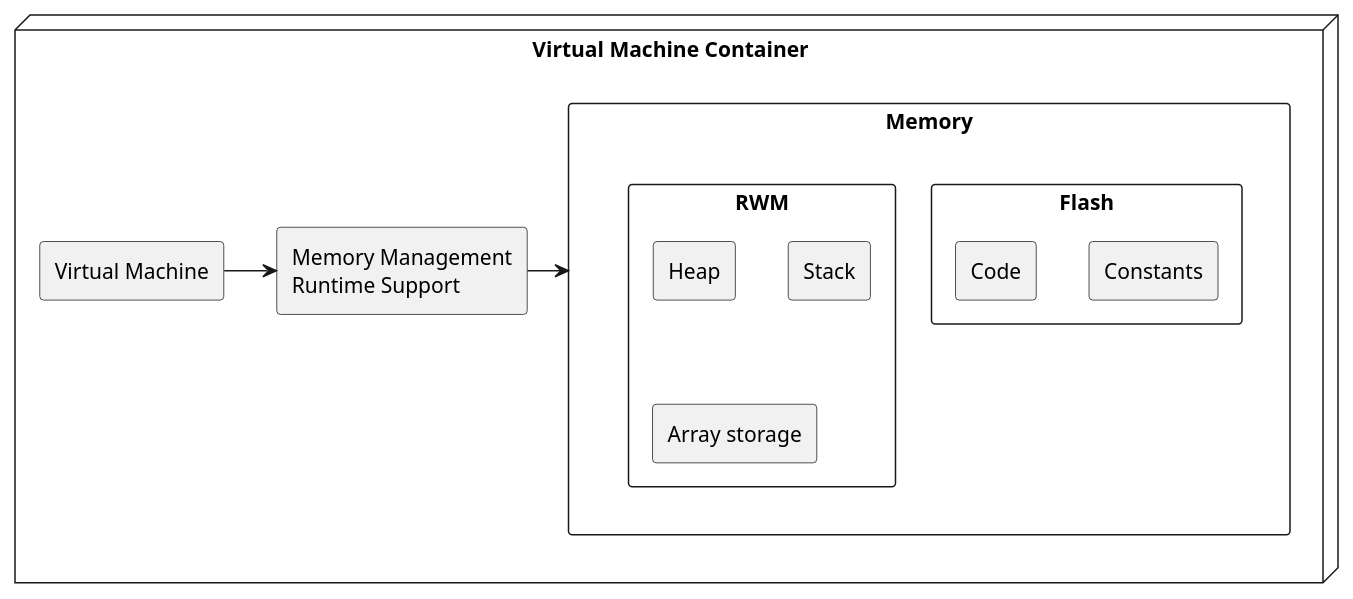
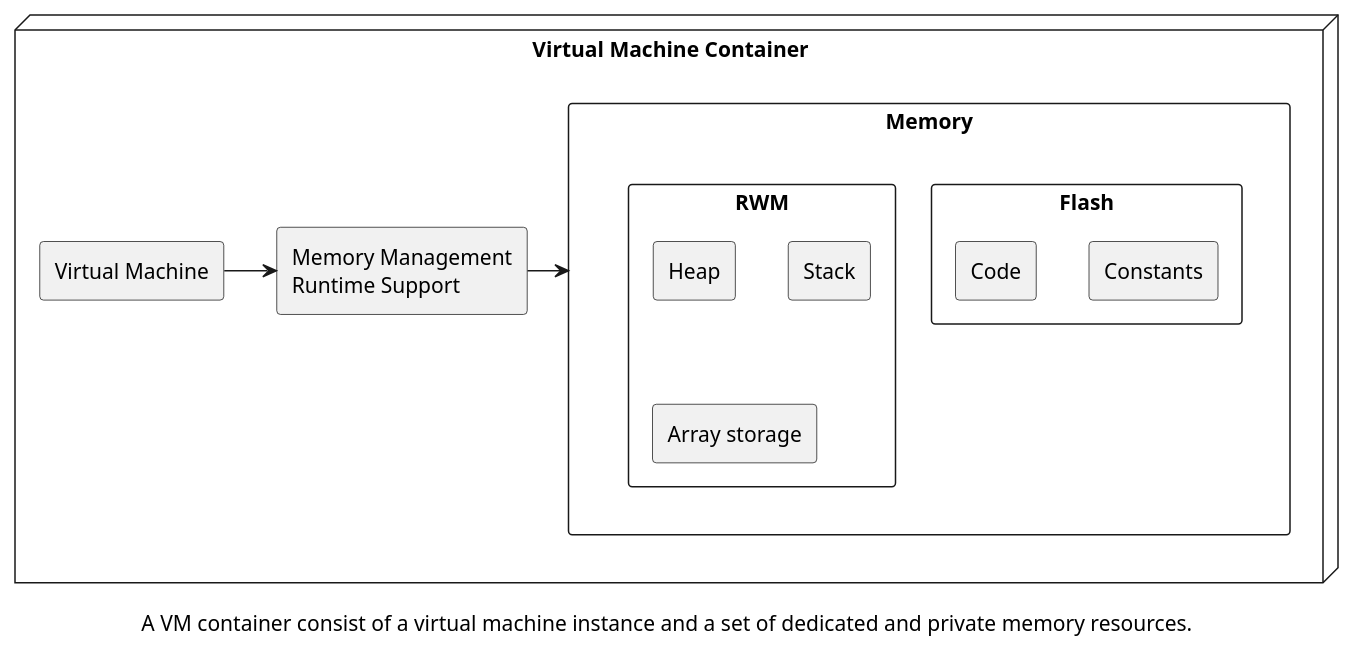
One commit to SynchronVM/SynchronVM changed the second of 4 diagrams in spec/architecture.md. Above: the diagram before and after it, drawn with PlantUML. The commit also changed other lines of this file, not shown here.

````diff
--- a/spec/architecture.md
+++ b/spec/architecture.md
@@ -70,23 +70,25 @@
 ```plantuml
 node "Virtual Machine Container" {
 	
    	rectangle "Memory" as mem {
 		rectangle "Flash" {
 			rectangle "Constants"
 			rectangle "Code"
 		}
 		rectangle "RWM" {
 			rectangle "Heap" 
 			rectangle "Stack"
 			rectangle "Array storage"
 		}
 	}
 	rectangle "Virtual Machine" as vm
 		
 	rectangle "Memory Management\nRuntime Support" as mm
 	
 	vm -> mm 
 	mm -> mem
-	
+
+	caption A VM container consist of a virtual machine instance and a set of dedicated and private memory resources.
+
 }
 ``` 
````
